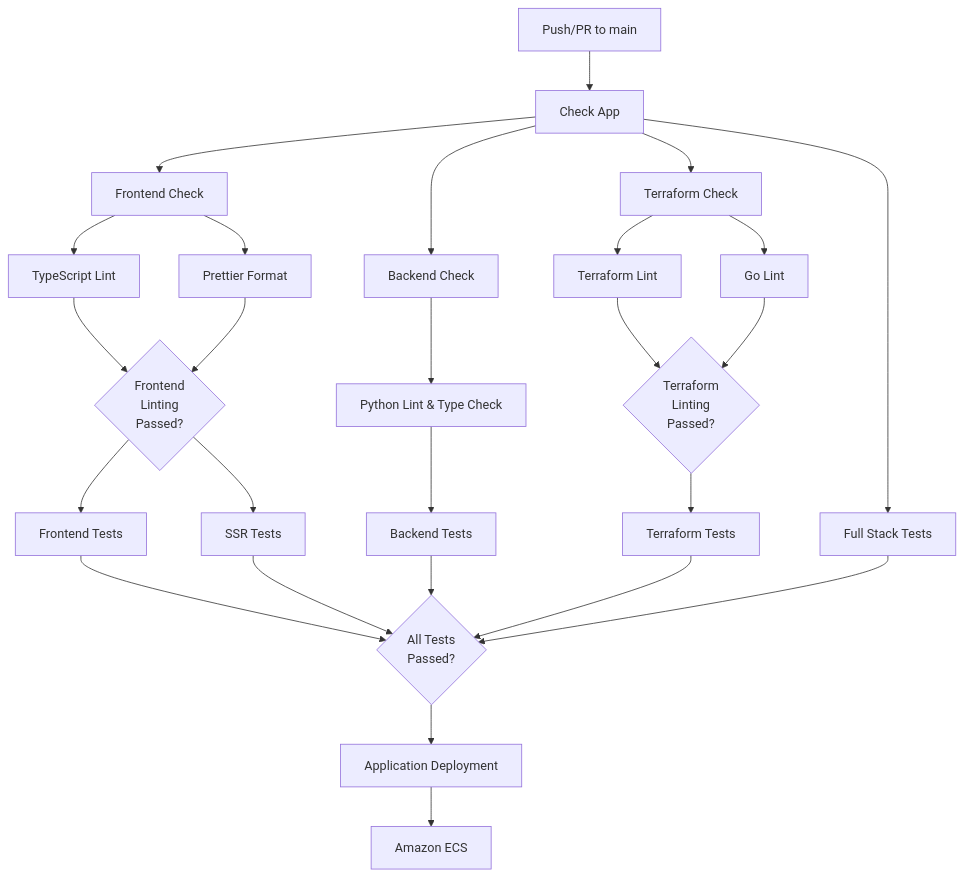
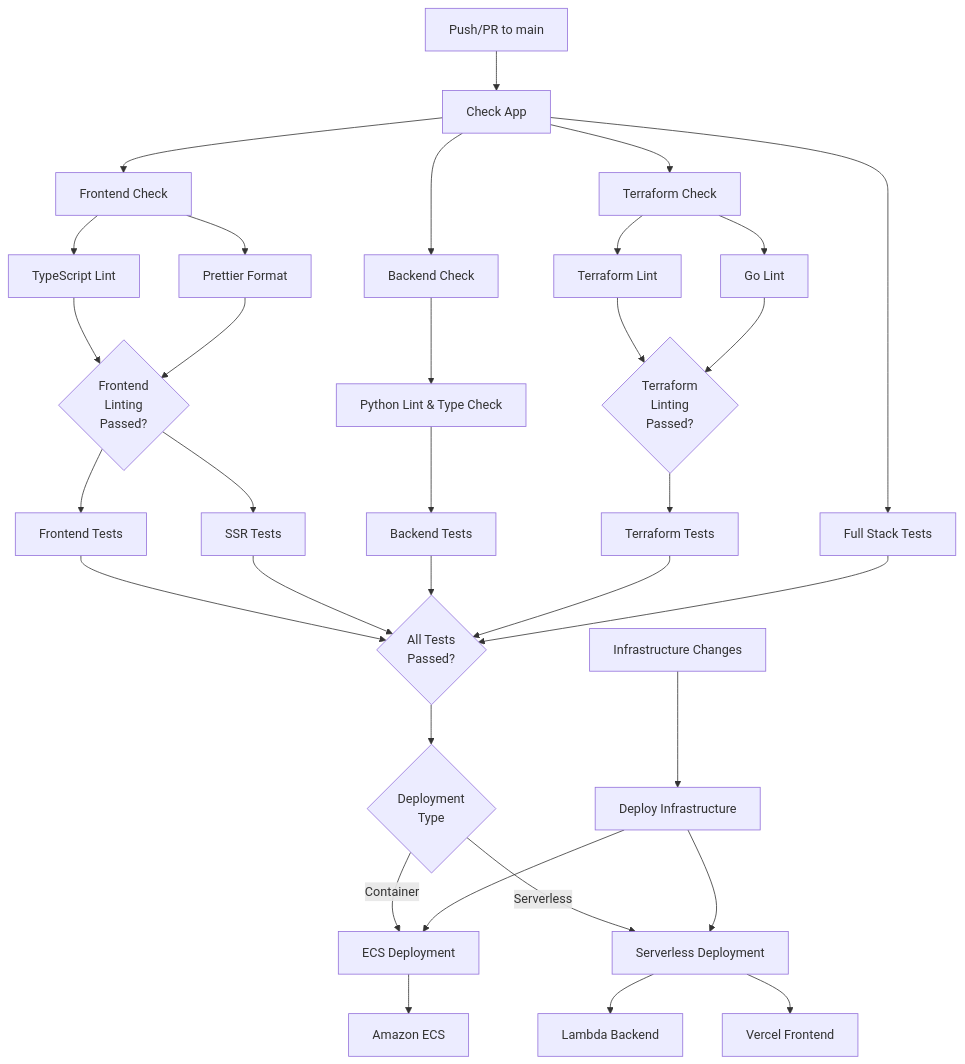
The diagram in .github/workflows/README.md (lhadjchikh/coalition-builder), drawn with Mermaid before and after one commit. The commit also changed other lines of this file and 3 other files, not shown here.

First line of the commit message:
refactor: standardize workflow naming and document serverless deployments

````diff
--- a/.github/workflows/README.md
+++ b/.github/workflows/README.md
@@ -16,44 +16,55 @@
 ```mermaid
 %%{init: {'theme':'basic'}}%%
 flowchart TD
     %% Main trigger
     push[Push/PR to main] --> check_app[Check App]
 
     %% Check App branches
     check_app --> frontend_check[Frontend Check]
     check_app --> backend_check[Backend Check]
     check_app --> terraform_check[Terraform Check]
     check_app --> fullstack_tests[Full Stack Tests]
 
     %% Frontend workflow
     frontend_check --> ts_lint[TypeScript Lint]
     frontend_check --> prettier[Prettier Format]
     ts_lint --> frontend_lint_complete{"Frontend<br/>Linting<br/>Passed?"}
     prettier --> frontend_lint_complete
     frontend_lint_complete --> frontend_tests[Frontend Tests]
     frontend_lint_complete --> ssr_tests[SSR Tests]
 
     %% Backend workflow
     backend_check --> python_lint[Python Lint & Type Check]
     python_lint --> backend_tests[Backend Tests]
 
     %% Terraform workflow
     terraform_check --> tf_lint[Terraform Lint]
     terraform_check --> go_lint[Go Lint]
     tf_lint --> terraform_lint_complete{"Terraform<br/>Linting<br/>Passed?"}
     go_lint --> terraform_lint_complete
     terraform_lint_complete --> terraform_tests[Terraform Tests]
 
     %% All tests converge to deployment decision
     frontend_tests --> tests_complete{"All Tests<br/>Passed?"}
     ssr_tests --> tests_complete
     backend_tests --> tests_complete
     terraform_tests --> tests_complete
     fullstack_tests --> tests_complete
 
-    %% Decision to deployment
-    tests_complete --> app_deploy[Application Deployment]
-
-    %% Deployment to AWS
+    %% Decision to deployment - multiple deployment paths
+    tests_complete --> deployment_decision{"Deployment<br/>Type"}
+    
+    %% ECS Deployment path
+    deployment_decision -->|Container| app_deploy[ECS Deployment]
     app_deploy --> ecs[Amazon ECS]
+    
+    %% Serverless Deployment path
+    deployment_decision -->|Serverless| serverless_deploy[Serverless Deployment]
+    serverless_deploy --> lambda_backend[Lambda Backend]
+    serverless_deploy --> vercel_frontend[Vercel Frontend]
+    
+    %% Infrastructure changes trigger deployments
+    infra_changes[Infrastructure Changes] --> deploy_infra[Deploy Infrastructure]
+    deploy_infra --> app_deploy
+    deploy_infra --> serverless_deploy
 ```
````
